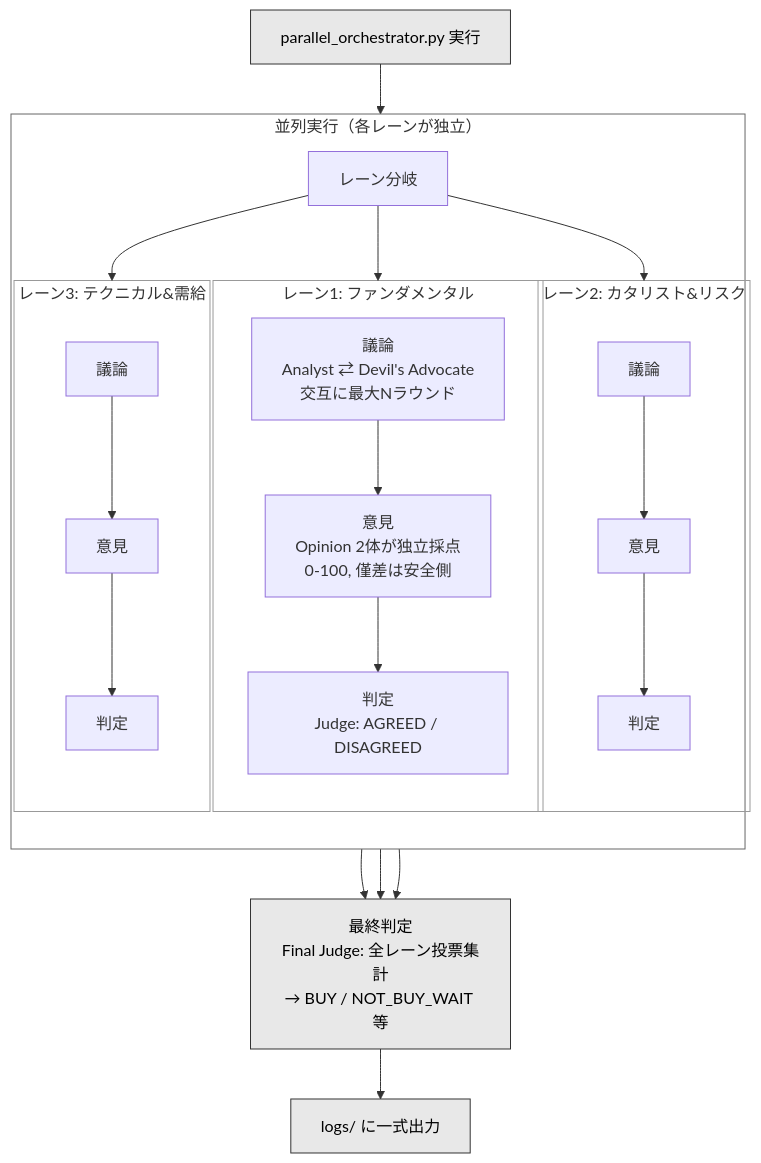
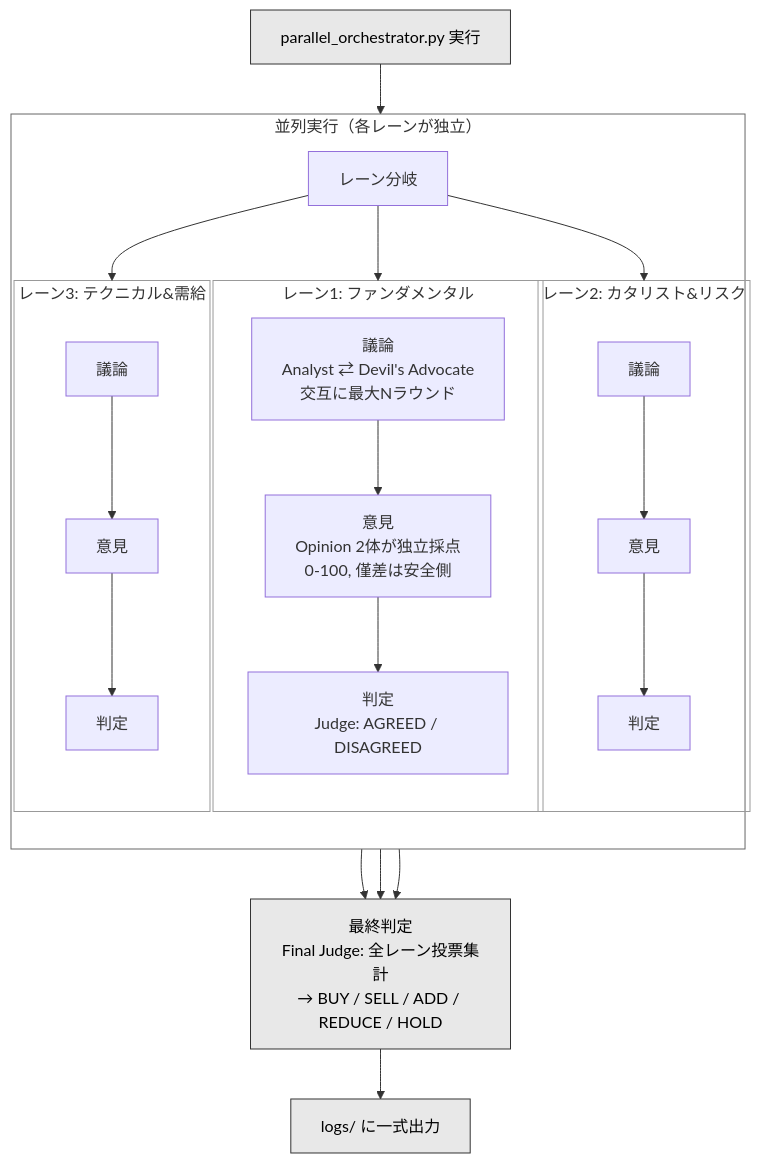
One commit to oSUiMiNo/Kabu-Trading1 changed the diagram in Discusion/MyDocs/project-summary.md. Above: the diagram before and after it, drawn with Mermaid. The commit also changed other lines of this file and 11 other files, not shown here.

````diff
--- a/Discusion/MyDocs/project-summary.md
+++ b/Discusion/MyDocs/project-summary.md
@@ -21,33 +21,33 @@
 ```mermaid
 flowchart TD
     START["parallel_orchestrator.py 実行"] --> FORK
 
     subgraph LANES ["並列実行（各レーンが独立）"]
         direction TB
         FORK["レーン分岐"] --> L1 & L2 & L3
 
         subgraph L1 ["レーン1: ファンダメンタル"]
             D1["議論\nAnalyst ⇄ Devil's Advocate\n交互に最大Nラウンド"]
             O1["意見\nOpinion 2体が独立採点\n0-100, 僅差は安全側"]
             J1["判定\nJudge: AGREED / DISAGREED"]
             D1 --> O1 --> J1
         end
         subgraph L2 ["レーン2: カタリスト&リスク"]
             D2["議論"] --> O2["意見"] --> J2["判定"]
         end
         subgraph L3 ["レーン3: テクニカル&需給"]
             D3["議論"] --> O3["意見"] --> J3["判定"]
         end
     end
 
-    J1 & J2 & J3 --> FJ["最終判定\nFinal Judge: 全レーン投票集計\n→ BUY / NOT_BUY_WAIT 等"]
+    J1 & J2 & J3 --> FJ["最終判定\nFinal Judge: 全レーン投票集計\n→ BUY / SELL / ADD / REDUCE / HOLD"]
     FJ --> OUT["logs/ に一式出力"]
 
     style LANES fill:transparent,stroke:#666
     style L1 fill:transparent,stroke:#999
     style L2 fill:transparent,stroke:#999
     style L3 fill:transparent,stroke:#999
     style START fill:#e8e8e8,stroke:#333,color:#000
     style FJ fill:#e8e8e8,stroke:#333,color:#000
     style OUT fill:#e8e8e8,stroke:#333,color:#000
 ```
````
